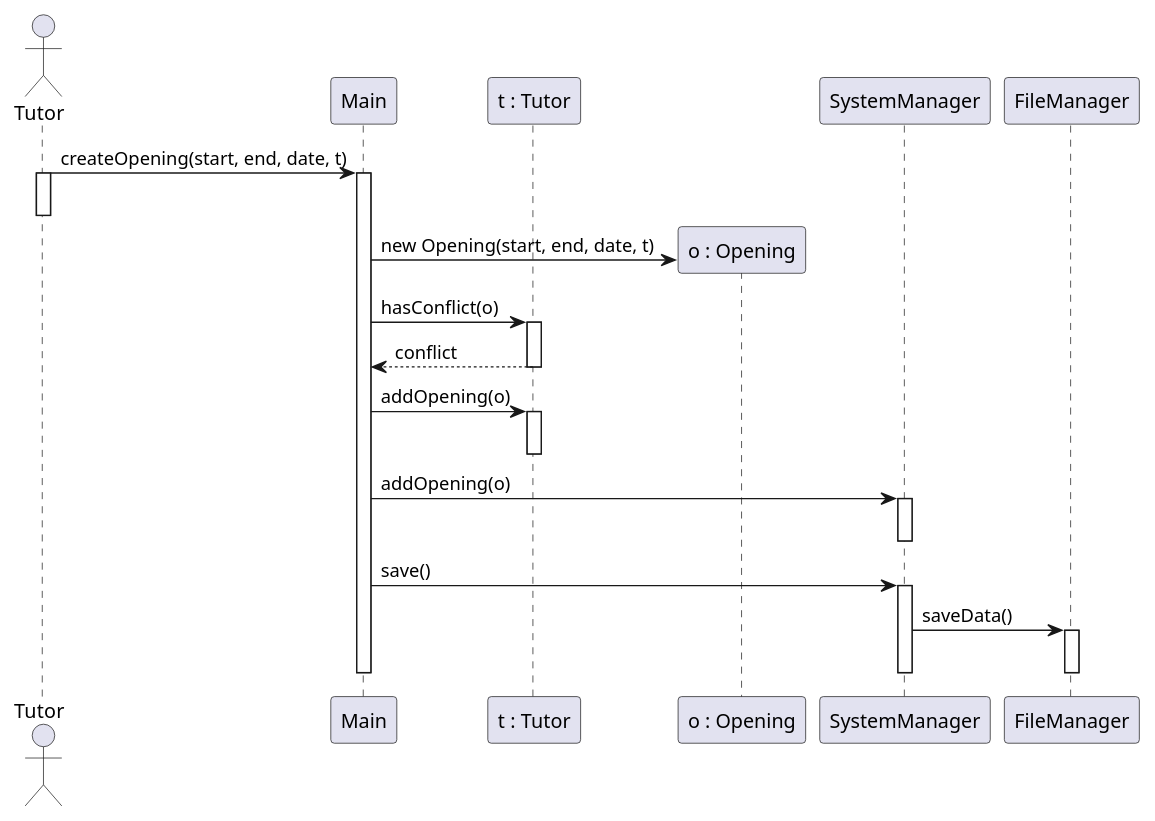
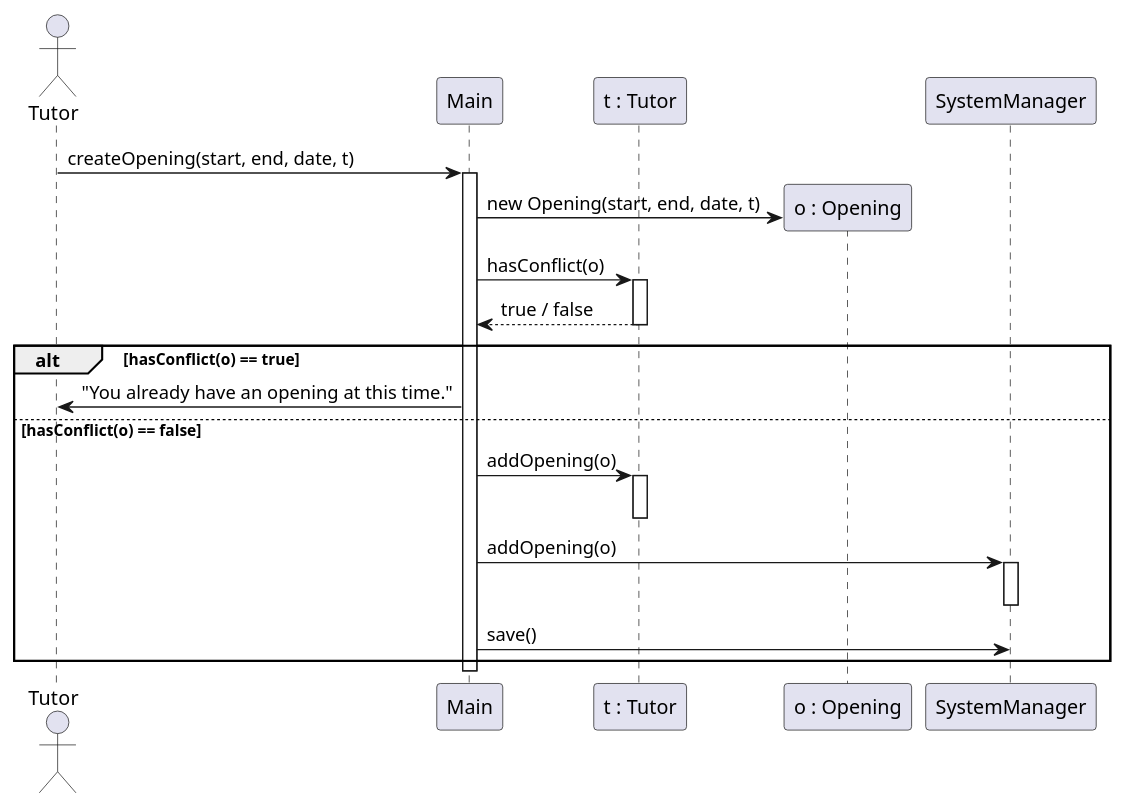
The diagram in docs/create-opening-sequence.puml (localhost433/OOPFinalProject), drawn with PlantUML before and after one commit. The commit also changed 10 other files, not shown here.

Commit message:
seq diagrams

```diff
--- a/docs/create-opening-sequence.puml
+++ b/docs/create-opening-sequence.puml
@@ -1,41 +1,37 @@
 @startuml create-opening-sequence
-' Sequence diagram — Tutor creates an opening (Main.createOpening)
+' Sequence diagram — Tutor adds availability (Main.createOpening)
 
 actor Tutor as tutor
 
 participant "Main" as main
 participant "t : Tutor" as tObj
 participant "o : Opening" as open
 participant "SystemManager" as sys
-participant "FileManager" as file
 
 tutor -> main : createOpening(start, end, date, t)
-activate tutor
 activate main
-deactivate tutor
 
 main -> open ** : new Opening(start, end, date, t)
 
 main -> tObj : hasConflict(o)
 activate tObj
-tObj --> main : conflict
+tObj --> main : true / false
 deactivate tObj
 
-main -> tObj : addOpening(o)
-activate tObj
-deactivate tObj
+alt hasConflict(o) == true
+    main -> tutor : "You already have an opening at this time."
+else hasConflict(o) == false
+    main -> tObj : addOpening(o)
+    activate tObj
+    deactivate tObj
 
-main -> sys : addOpening(o)
-activate sys
-deactivate sys
+    main -> sys : addOpening(o)
+    activate sys
+    deactivate sys
 
-main -> sys : save()
-activate sys
-sys -> file : saveData()
-activate file
-deactivate file
-deactivate sys
+    main -> sys : save()
+end
 
 deactivate main
 
 @enduml
```
